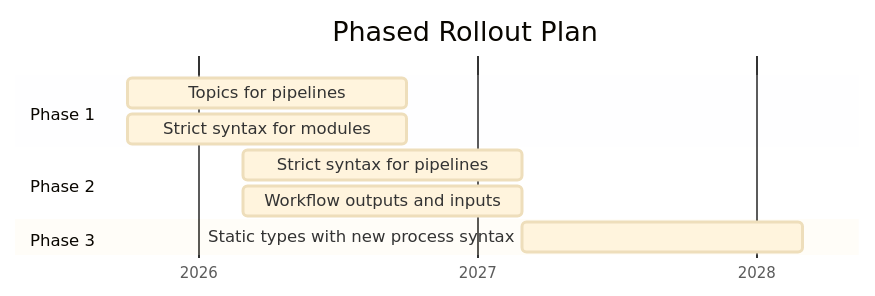
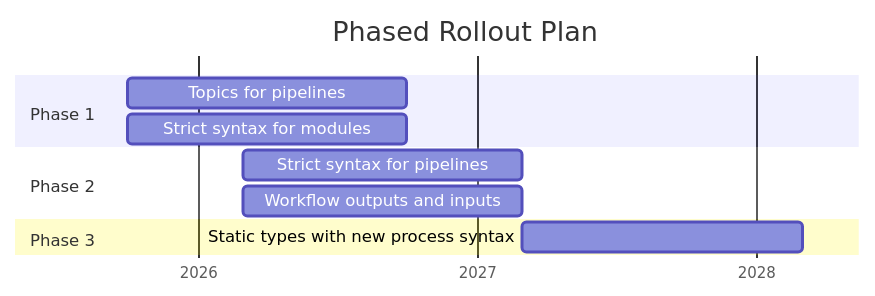
The second of 2 diagrams in sites/main-site/src/content/blog/2025/retreat-2025.mdx (nf-core/website), drawn with Mermaid before and after one commit. The commit also changed other lines of this file, not shown here.

````diff
--- a/sites/main-site/src/content/blog/2025/retreat-2025.mdx
+++ b/sites/main-site/src/content/blog/2025/retreat-2025.mdx
@@ -103,19 +95,19 @@
 ```mermaid
-%%{init: {'theme':'base', 'themeVariables': {'fontSize':'12px'}, 'gantt': {'useWidth':600, 'topAxis': false}}}%%
+%%{init: {'themeVariables': {'fontSize':'12px'}, 'gantt': {'useWidth':600, 'topAxis': false}}}%%
 gantt
     title Phased Rollout Plan
     dateFormat YYYY-MM
     tickInterval 12month
     axisFormat %Y
 
     section Phase 1
     Topics for pipelines        :2025-10, 12M
     Strict syntax for modules   :2025-10, 12M
 
     section Phase 2
     Strict syntax for pipelines :2026-03, 12M
     Workflow outputs and inputs :2026-03, 12M
 
     section Phase 3
     Static types with new process syntax :2027-03, 12M
 ```
````
